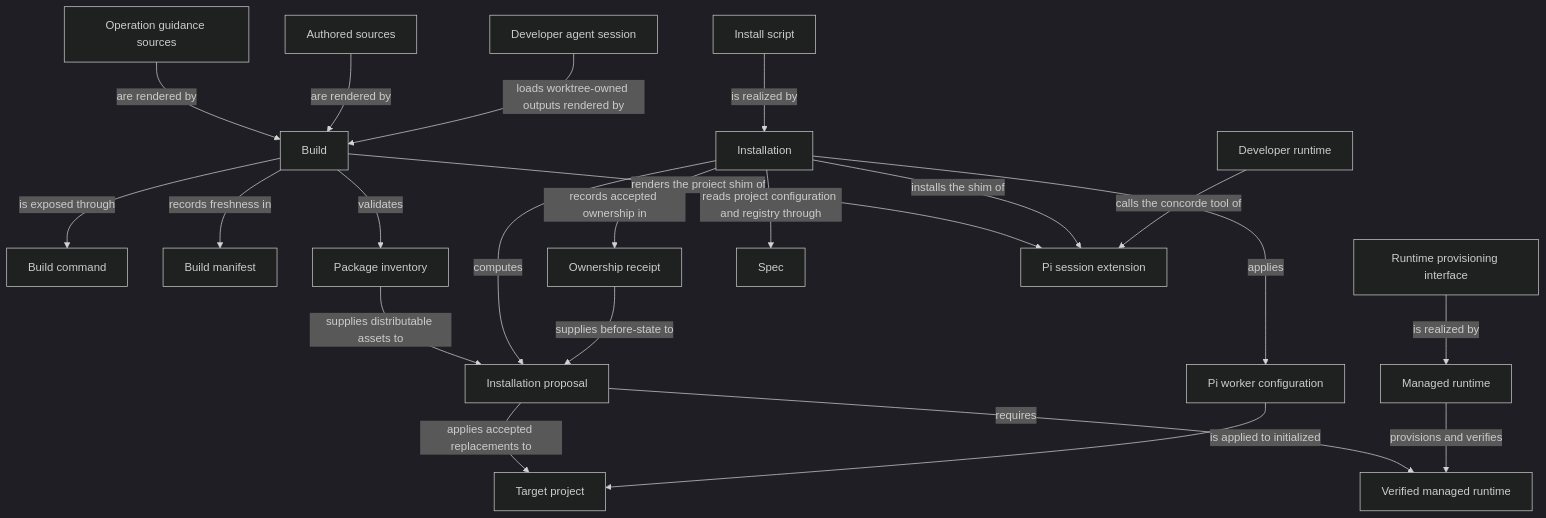
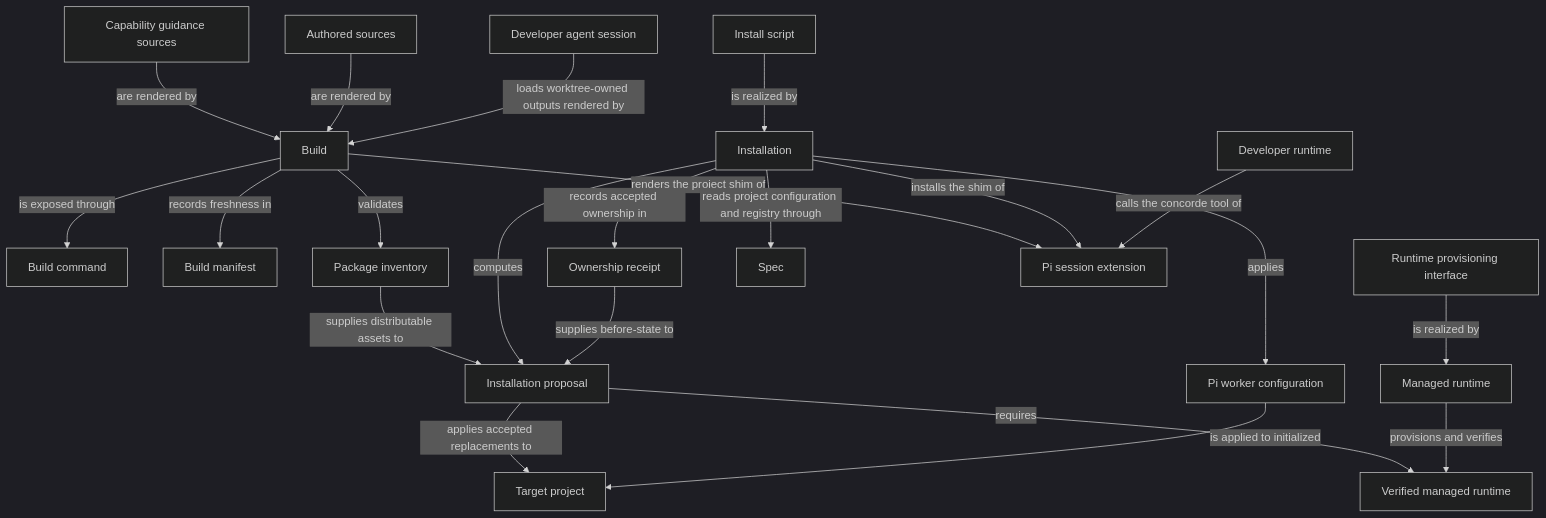
Before and after one commit to FTOD/concorde: the diagram in specs/concorde/distribution/module.md, drawn with Mermaid (dark theme). The commit also changed other lines of this file and 42 other files, not shown here.

````diff
--- a/specs/concorde/distribution/module.md
+++ b/specs/concorde/distribution/module.md
@@ -146,45 +147,45 @@
 ```mermaid
 flowchart TB
     accTitle: Distribution entities and relationships
-    accDescr: Build renders authored worker instructions and Operation guidance into runtime assets and a private Pi catalog. Installation deploys the receipt-owned Pi entry and provisions a verified managed runtime without installing standalone Skills.
+    accDescr: Build renders authored worker instructions and capability guidance into runtime assets and a private Pi catalog. Installation deploys the receipt-owned Pi entry and provisions a verified managed runtime without installing standalone Skills.
     authored["Authored sources"]
     build["Build"]
     buildCmd["Build command"]
     manifest["Build manifest"]
     inventory["Package inventory"]
     installScript["Install script"]
     installation["Installation"]
     proposal["Installation proposal"]
     receipt["Ownership receipt"]
     target["Target project"]
     config["Pi worker configuration"]
     runtimeIface["Runtime provisioning interface"]
     managedRuntime["Managed runtime"]
     verifiedRuntime["Verified managed runtime"]
     session["Developer agent session"]
     spec["Spec"]
-    guidanceSources["Operation guidance sources"]
+    guidanceSources["Capability guidance sources"]
     piSession["Pi session extension"]
     developerRuntime["Developer runtime"]
     guidanceSources -->|are rendered by| build
     build -->|renders the project shim of| piSession
     installation -->|installs the shim of| piSession
     developerRuntime -->|calls the concorde tool of| piSession
     authored -->|are rendered by| build
     build -->|is exposed through| buildCmd
     build -->|records freshness in| manifest
     build -->|validates| inventory
     inventory -->|supplies distributable assets to| proposal
     installScript -->|is realized by| installation
     installation -->|computes| proposal
     receipt -->|supplies before-state to| proposal
     proposal -->|applies accepted replacements to| target
     proposal -->|requires| verifiedRuntime
     installation -->|records accepted ownership in| receipt
     installation -->|applies| config
     config -->|is applied to initialized| target
     runtimeIface -->|is realized by| managedRuntime
     managedRuntime -->|provisions and verifies| verifiedRuntime
     installation -->|reads project configuration and registry through| spec
     session -->|loads worktree-owned outputs rendered by| build
 ```
````
